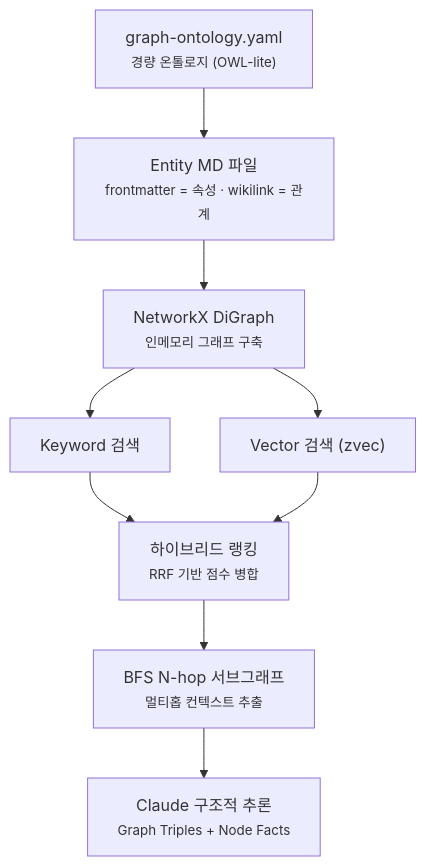
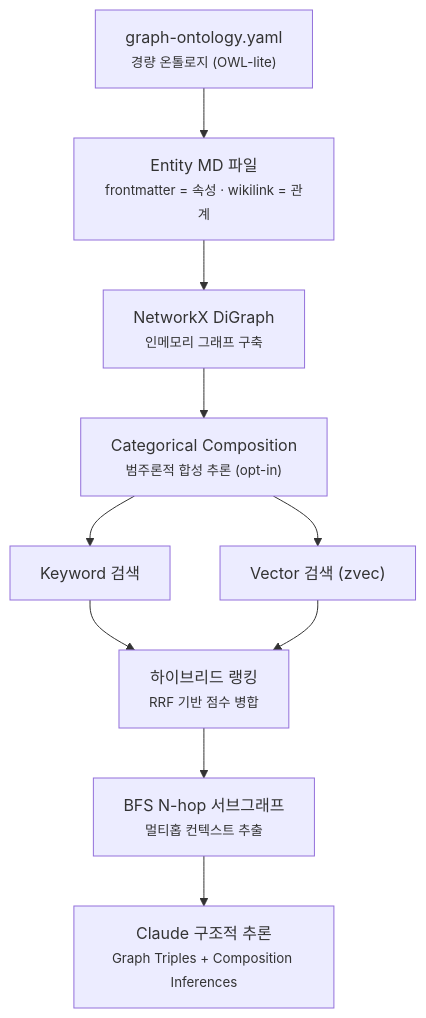
One commit to WMJOON/markdown-scaffolding-multihop changed the first of 2 diagrams in README.md. Above: the diagram before and after it, drawn with Mermaid. The commit also changed other lines of this file and 3 other files, not shown here.

First line of the commit message:
feat(graph-multihop): add categorical morphism composition inference

````diff
--- a/README.md
+++ b/README.md
@@ -14,11 +14,12 @@
 ```mermaid
 flowchart TD
     A["graph-ontology.yaml<br/><small>경량 온톨로지 (OWL-lite)</small>"] --> B["Entity MD 파일<br/><small>frontmatter = 속성 · wikilink = 관계</small>"]
     B --> C["NetworkX DiGraph<br/><small>인메모리 그래프 구축</small>"]
-    C --> D["Keyword 검색"]
-    C --> E["Vector 검색 (zvec)"]
+    C --> C2["Categorical Composition<br/><small>범주론적 합성 추론 (opt-in)</small>"]
+    C2 --> D["Keyword 검색"]
+    C2 --> E["Vector 검색 (zvec)"]
     D --> F["하이브리드 랭킹<br/><small>RRF 기반 점수 병합</small>"]
     E --> F
     F --> G["BFS N-hop 서브그래프<br/><small>멀티홉 컨텍스트 추출</small>"]
-    G --> H["Claude 구조적 추론<br/><small>Graph Triples + Node Facts</small>"]
+    G --> H["Claude 구조적 추론<br/><small>Graph Triples + Composition Inferences</small>"]
 ```
````
